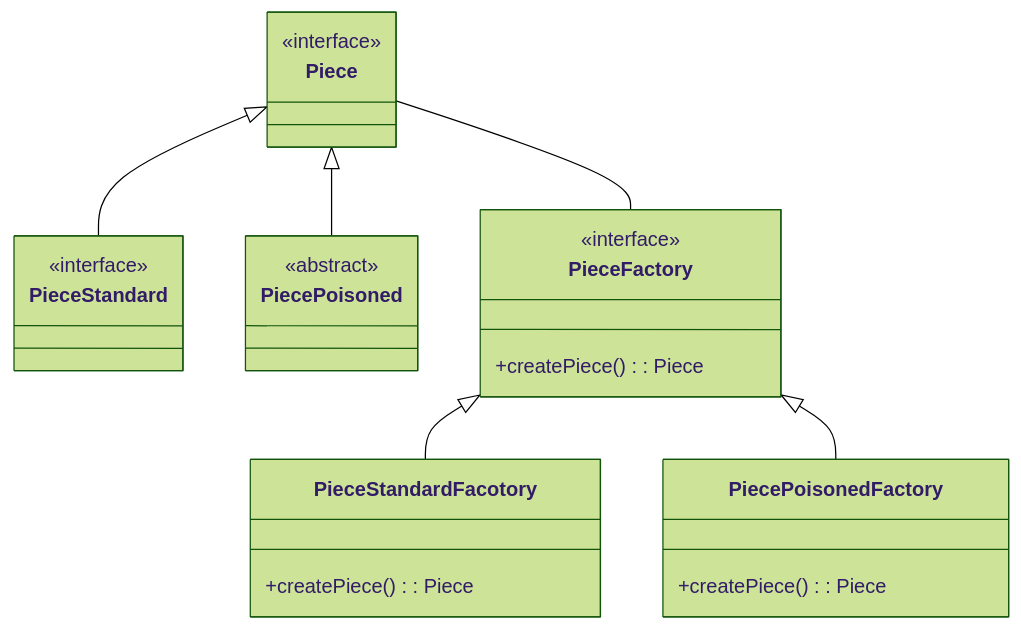
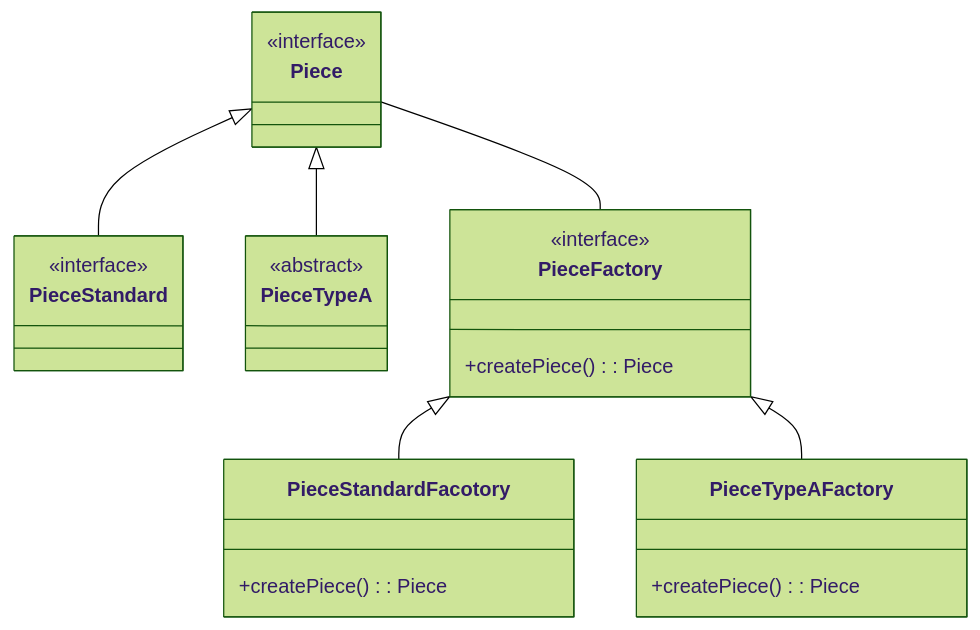
Before and after one commit to alessandroArrighi/pss23-24-ChessGravity-Arrighi: the third of 3 diagrams in README.md, drawn with Mermaid (forest theme). The commit also changed other lines of this file, not shown here.

Commit message:
update diagrams

````diff
--- a/README.md
+++ b/README.md
@@ -154,31 +154,31 @@
 ```mermaid
 classDiagram
 
 class Piece
 <<interface>> Piece
 
 class PieceStandard
 <<interface>> PieceStandard
 
-class PiecePoisoned
-<<abstract>> PiecePoisoned
+class PieceTypeA
+<<abstract>> PieceTypeA
 
 class PieceFactory {
     +createPiece(): Piece
 }
 <<interface>> PieceFactory
 
 class PieceStandardFacotory {
     +createPiece(): Piece
 }
 
-class PiecePoisonedFactory {
+class PieceTypeAFactory {
     +createPiece(): Piece
 }
 
 Piece <|-- PieceStandard
-Piece <|-- PiecePoisoned
+Piece <|-- PieceTypeA
 PieceFactory <|-- PieceStandardFacotory
-PieceFactory <|-- PiecePoisonedFactory
+PieceFactory <|-- PieceTypeAFactory
 Piece -- PieceFactory
 ```
````
